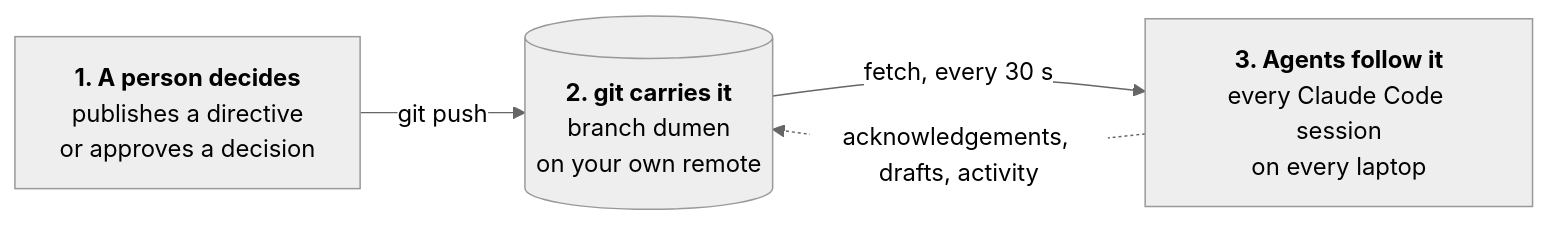
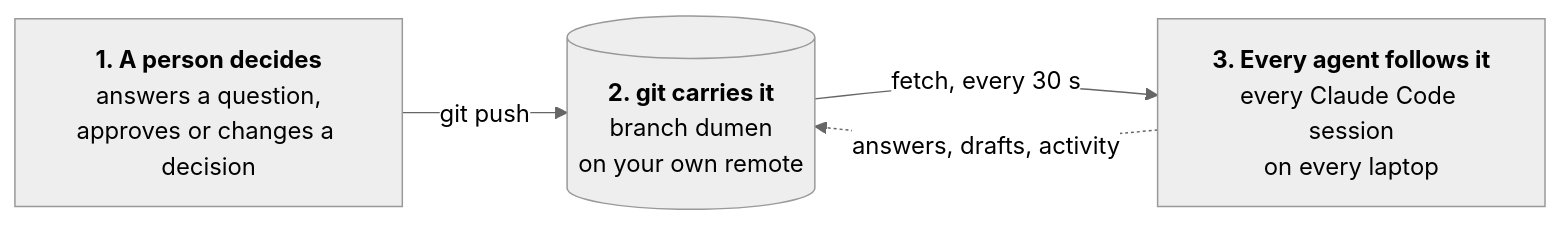
One commit to nurettincoban/dumen changed the diagram in README.md. Above: the diagram before and after it, drawn with Mermaid (neutral theme). The commit also changed other lines of this file and 2 other files, not shown here.

````diff
--- a/README.md
+++ b/README.md
@@ -57,9 +108,9 @@
 ```mermaid
 flowchart LR
-    H["<b>1. A person decides</b><br/>publishes a directive<br/>or approves a decision"]
+    H["<b>1. A person decides</b><br/>answers a question,<br/>approves or changes a decision"]
     S[("<b>2. git carries it</b><br/>branch dumen<br/>on your own remote")]
-    A["<b>3. Agents follow it</b><br/>every Claude Code session<br/>on every laptop"]
+    A["<b>3. Every agent follows it</b><br/>every Claude Code session<br/>on every laptop"]
     H -- "git push" --> S
     S -- "fetch, every 30 s" --> A
-    A -. "acknowledgements, drafts, activity" .-> S
+    A -. "answers, drafts, activity" .-> S
 ```
````
